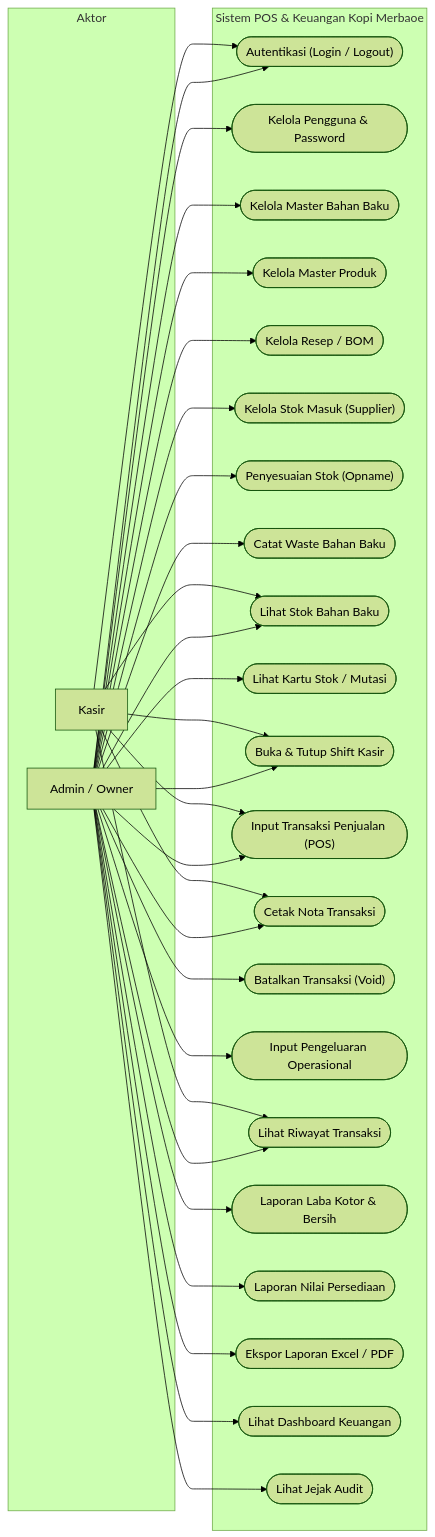
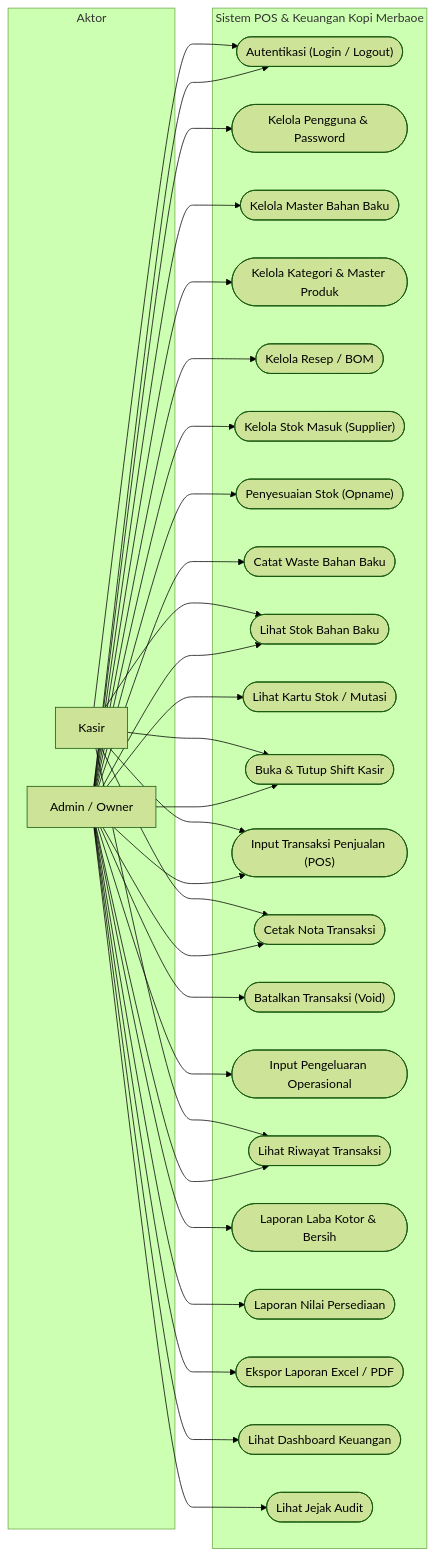
The first of 6 diagrams in README.md (fahmibastari/pos-merbaoe), drawn with Mermaid (forest theme) before and after one commit. The commit also changed other lines of this file and 62 other files, not shown here.

````diff
--- a/README.md
+++ b/README.md
@@ -1102,60 +1179,60 @@
 ```mermaid
 flowchart LR
     subgraph Aktor ["Aktor"]
         Admin["Admin / Owner"]
         Kasir["Kasir"]
     end
 
     subgraph Sistem ["Sistem POS & Keuangan Kopi Merbaoe"]
         UC01(["Autentikasi (Login / Logout)"])
         UC02(["Kelola Pengguna & Password"])
         UC03(["Kelola Master Bahan Baku"])
-        UC04(["Kelola Master Produk"])
+        UC04(["Kelola Kategori & Master Produk"])
         UC05(["Kelola Resep / BOM"])
         UC06(["Kelola Stok Masuk (Supplier)"])
         UC07(["Penyesuaian Stok (Opname)"])
         UC08(["Catat Waste Bahan Baku"])
         UC09(["Lihat Stok Bahan Baku"])
         UC10(["Lihat Kartu Stok / Mutasi"])
         UC11(["Buka & Tutup Shift Kasir"])
         UC12(["Input Transaksi Penjualan (POS)"])
         UC13(["Cetak Nota Transaksi"])
         UC14(["Batalkan Transaksi (Void)"])
         UC15(["Input Pengeluaran Operasional"])
         UC16(["Lihat Riwayat Transaksi"])
         UC17(["Laporan Laba Kotor & Bersih"])
         UC18(["Laporan Nilai Persediaan"])
         UC19(["Ekspor Laporan Excel / PDF"])
         UC20(["Lihat Dashboard Keuangan"])
         UC21(["Lihat Jejak Audit"])
     end
 
     Admin --> UC01
     Admin --> UC02
     Admin --> UC03
     Admin --> UC04
     Admin --> UC05
     Admin --> UC06
     Admin --> UC07
     Admin --> UC08
     Admin --> UC09
     Admin --> UC10
     Admin --> UC11
     Admin --> UC12
     Admin --> UC13
     Admin --> UC14
     Admin --> UC15
     Admin --> UC16
     Admin --> UC17
     Admin --> UC18
     Admin --> UC19
     Admin --> UC20
     Admin --> UC21
 
     Kasir --> UC01
     Kasir --> UC09
     Kasir --> UC11
     Kasir --> UC12
     Kasir --> UC13
     Kasir --> UC16
 ```
````
